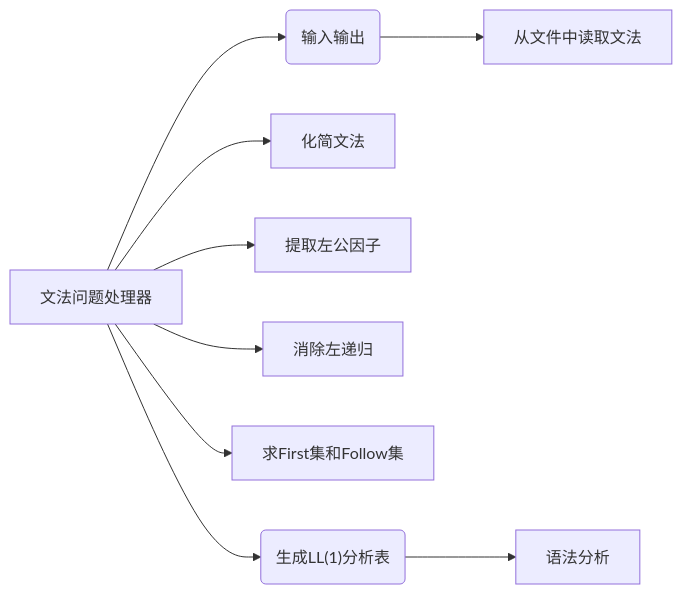
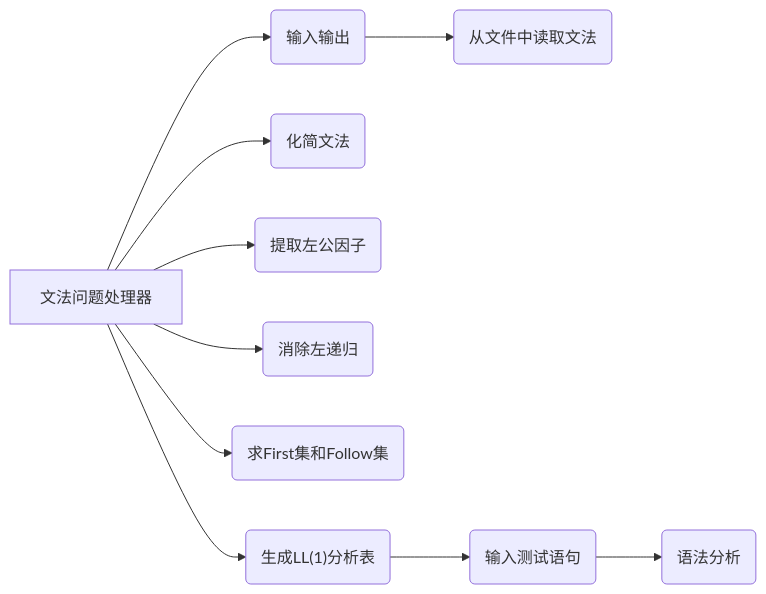
One commit to Lyuyk/Compile-Principle-Course-Labs changed the first of 6 diagrams in BNFProcessor/readme.md. Above: the diagram before and after it, drawn with Mermaid. The commit also changed other lines of this file, not shown here.

````diff
--- a/BNFProcessor/readme.md
+++ b/BNFProcessor/readme.md
@@ -17,9 +17,9 @@
 ```mermaid
 flowchart LR
-w[文法问题处理器]-->s(输入输出)-->从文件中读取文法
-w-->化简文法
-w-->提取左公因子
-w-->消除左递归
-w-->求First集和Follow集
-w-->ss("生成LL(1)分析表")-->语法分析
+w[文法问题处理器]-->s(输入输出)-->s1(从文件中读取文法)
+w-->s2(化简文法)
+w-->s3(提取左公因子)
+w-->s4(消除左递归)
+w-->s5(求First集和Follow集)
+w-->s6("生成LL(1)分析表")-->s7(输入测试语句)-->s8(语法分析)
 ```
````
